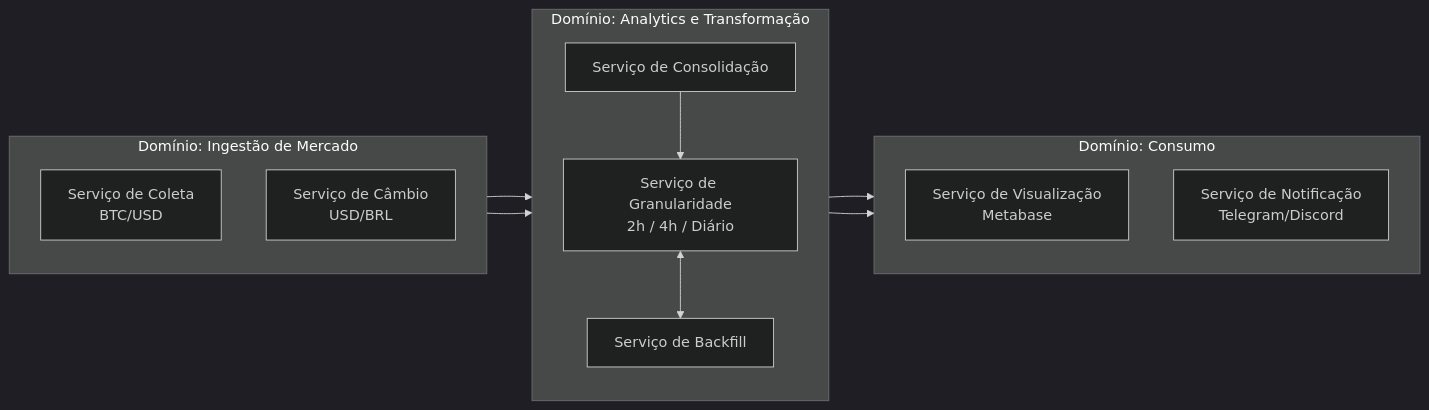
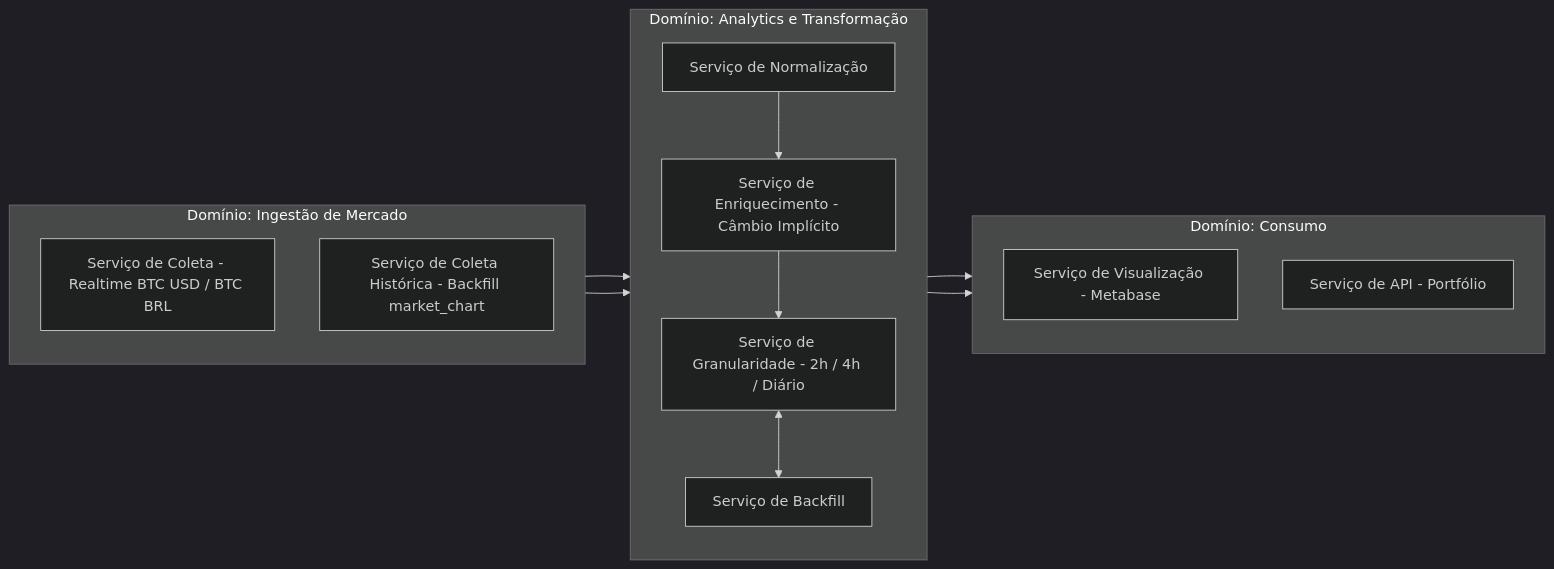
One commit to joaobizzo/btc-data-pipeline changed the diagram in docs/03_dominios.md. Above: the diagram before and after it, drawn with Mermaid (dark theme). The commit also changed other lines of this file, not shown here.

Commit message:
Update market intelligence and analytics sections

````diff
--- a/docs/03_dominios.md
+++ b/docs/03_dominios.md
@@ -32,27 +53,36 @@
 ```mermaid
 graph LR
-    subgraph DOM_INGESTAO [Domínio: Ingestão de Mercado]
+
+    subgraph DOM_INGESTAO ["Domínio: Ingestão de Mercado"]
         direction TB
-        S1[Serviço de Coleta<br/>BTC/USD]
-        S2[Serviço de Câmbio<br/>USD/BRL]
+        S1["Serviço de Coleta - Realtime BTC USD / BTC BRL"]
+        S2["Serviço de Coleta Histórica - Backfill market_chart"]
     end
 
-    subgraph DOM_ANALYTICS [Domínio: Analytics e Transformação]
+    subgraph DOM_ANALYTICS ["Domínio: Analytics e Transformação"]
         direction TB
-        T1[Serviço de Consolidação]
-        T2[Serviço de Granularidade<br/>2h / 4h / Diário]
-        T3[Serviço de Backfill]
+        T1["Serviço de Normalização"]
+        T2["Serviço de Enriquecimento - Câmbio Implícito"]
+        T3["Serviço de Granularidade - 2h / 4h / Diário"]
+        T4["Serviço de Backfill"]
     end
 
-    subgraph DOM_CONSUMO [Domínio: Consumo]
+    subgraph DOM_CONSUMO ["Domínio: Consumo"]
         direction TB
-        C1[Serviço de Visualização<br/>Metabase]
-        C2[Serviço de Notificação<br/>Telegram/Discord]
+        C1["Serviço de Visualização - Metabase"]
+        C2["Serviço de API - Portfólio"]
     end
 
     %% Fluxo de Dados
-    S1 & S2 --> T1
+    S1 --> T1
+    S2 --> T1
+
     T1 --> T2
-    T2 <--> T3
-    T2 --> C1 & C2
+    T2 --> T3
+
+    T3 <--> T4
+
+    T3 --> C1
+    T3 --> C2
+
 ```
````
